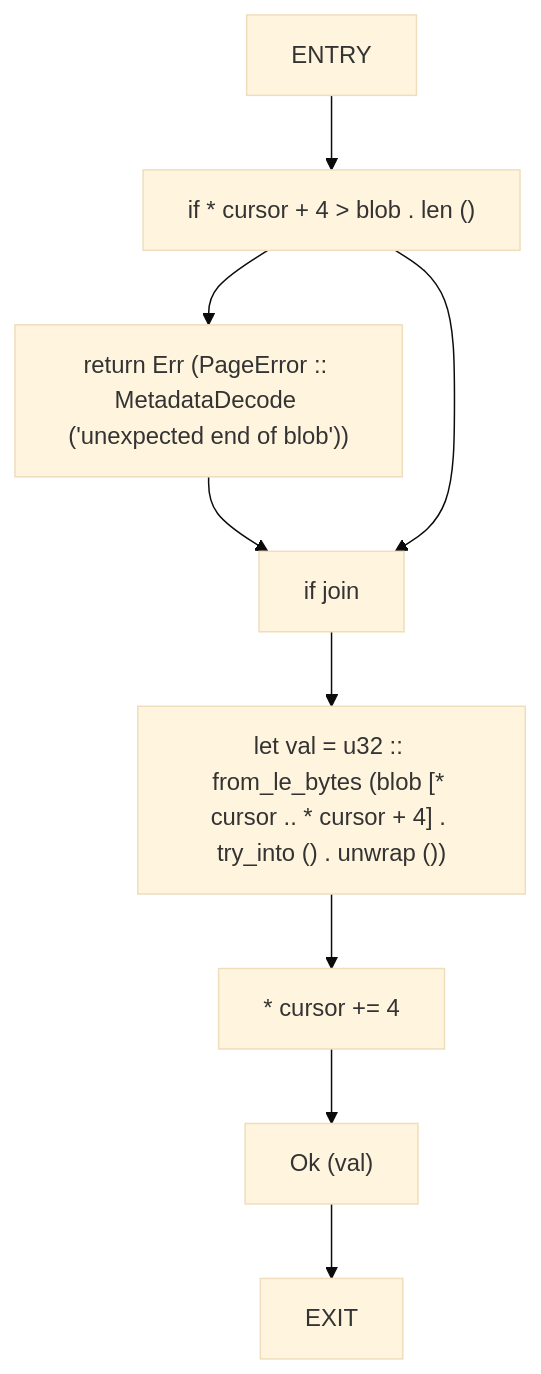
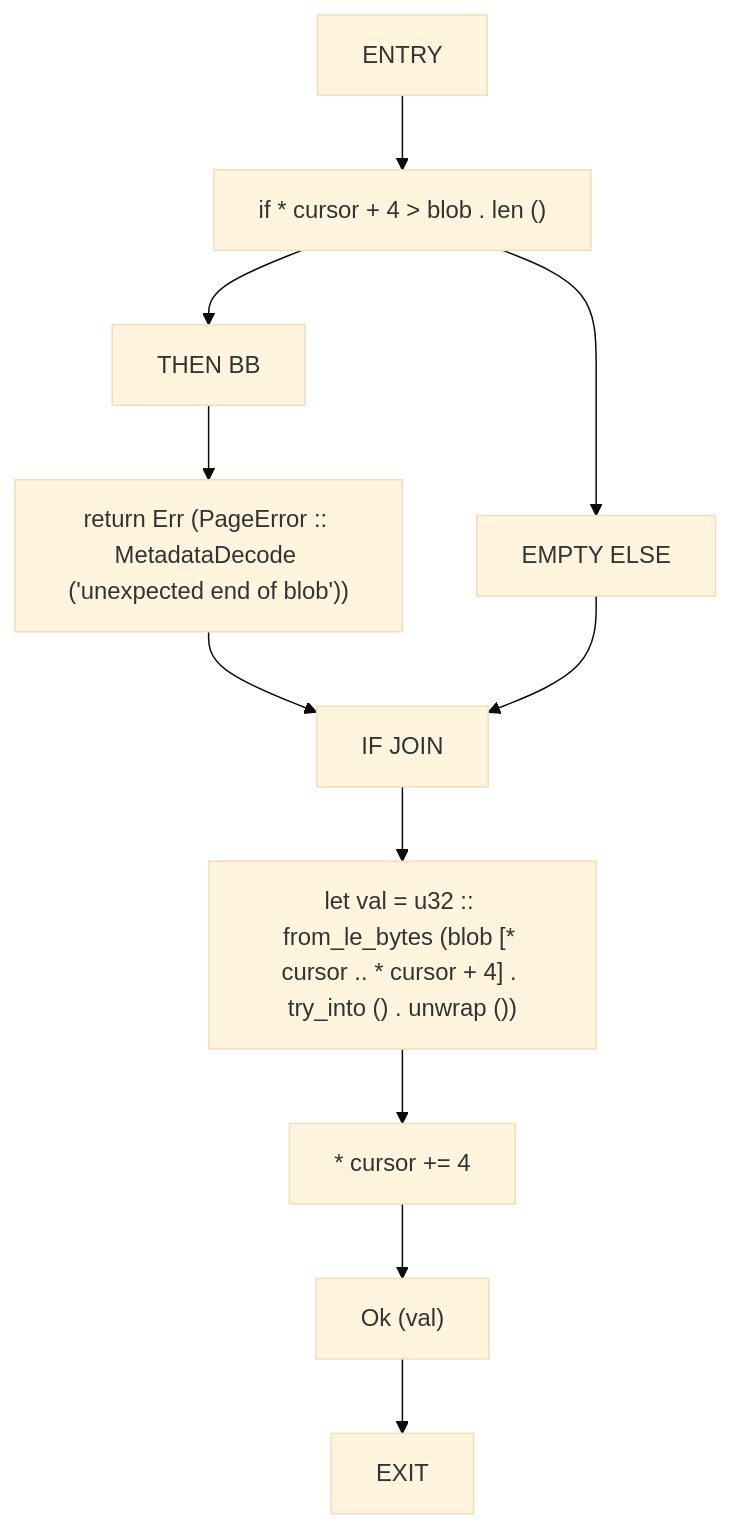
One commit to cicero-violate/MMSB changed diagram 11 of 18 in docs/analysis/cfg/060-src-06_utility.md. Above: the diagram before and after it, drawn with Mermaid (base theme). The commit also changed other lines of this file and 865 other files, not shown here.

````diff
--- a/docs/analysis/cfg/060-src-06_utility.md
+++ b/docs/analysis/cfg/060-src-06_utility.md
@@ -271,19 +256,23 @@
 ```mermaid
 flowchart TD
     read_u32_0["ENTRY"]
     read_u32_1["if * cursor + 4 > blob . len ()"]
-    read_u32_2["return Err (PageError :: MetadataDecode ('unexpected end of blob'))"]
-    read_u32_3["if join"]
-    read_u32_4["let val = u32 :: from_le_bytes (blob [* cursor .. * cursor + 4] . try_into () . unwrap ())"]
-    read_u32_5["* cursor += 4"]
-    read_u32_6["Ok (val)"]
-    read_u32_7["EXIT"]
+    read_u32_2["THEN BB"]
+    read_u32_3["return Err (PageError :: MetadataDecode ('unexpected end of blob'))"]
+    read_u32_4["EMPTY ELSE"]
+    read_u32_5["IF JOIN"]
+    read_u32_6["let val = u32 :: from_le_bytes (blob [* cursor .. * cursor + 4] . try_into () . unwrap ())"]
+    read_u32_7["* cursor += 4"]
+    read_u32_8["Ok (val)"]
+    read_u32_9["EXIT"]
     read_u32_0 --> read_u32_1
     read_u32_1 --> read_u32_2
     read_u32_2 --> read_u32_3
-    read_u32_1 --> read_u32_3
-    read_u32_3 --> read_u32_4
+    read_u32_1 --> read_u32_4
+    read_u32_3 --> read_u32_5
     read_u32_4 --> read_u32_5
     read_u32_5 --> read_u32_6
     read_u32_6 --> read_u32_7
+    read_u32_7 --> read_u32_8
+    read_u32_8 --> read_u32_9
 ```
````
